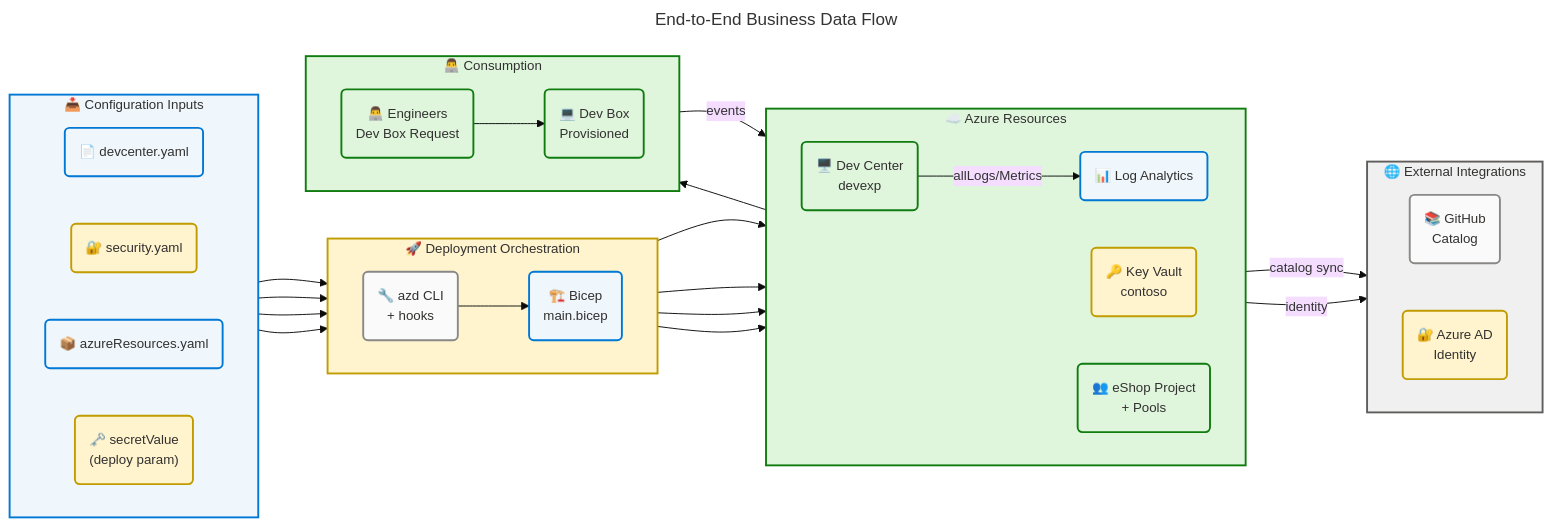
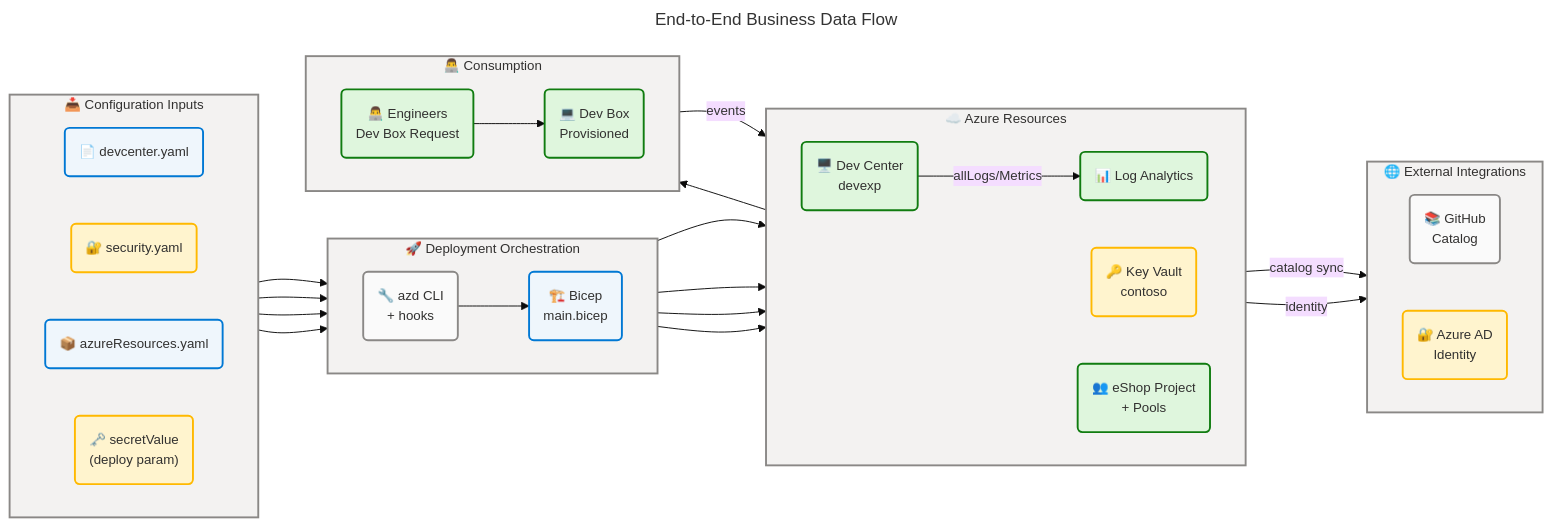
The sixth of 6 diagrams in docs/architecture/bus-arch.md (Evilazaro/DevExp-DevBox), drawn with Mermaid before and after one commit. The commit also changed other lines of this file, not shown here.

Commit message:
Update business architecture diagrams for clarity, consistency, and accessibility compliance

````diff
--- a/docs/architecture/bus-arch.md
+++ b/docs/architecture/bus-arch.md
@@ -1012,10 +1024,11 @@
 ---
 flowchart LR
     accTitle: End-to-End Business Data Flow
-    accDescr: Shows the complete data flow across four phases: configuration inputs flowing into azd deployment, Bicep orchestration creating Azure resources, Dev Center integrating with GitHub and Azure AD, and engineers consuming Dev Boxes with events flowing to Log Analytics.
+    accDescr: Complete data flow across five phases: configuration inputs, azd deployment orchestration, Azure resource creation, external integrations, and engineer consumption. yaml1=core, yaml2=warning, yaml3=core, secret=warning, azd=neutral, bicep=core, dc=success, kv=warning, la=success, proj=success, gh=neutral, aad=warning, eng=success, devbox=success. WCAG AA compliant.
 
     %% ═══════════════════════════════════════════════════════════════════════════
     %% AZURE / FLUENT ARCHITECTURE PATTERN v2.0
+    %% (Semantic + Structural + Font + Accessibility Governance)
     %% ═══════════════════════════════════════════════════════════════════════════
     %% PHASE 1 - FLUENT UI: All styling uses approved Fluent UI palette only
     %% PHASE 2 - GROUPS: Every subgraph has semantic color via style directive
@@ -1026,23 +1039,23 @@
 
     subgraph INPUT["📥 Configuration Inputs"]
         direction LR
-        yaml1("📄 devcenter.yaml"):::info
+        yaml1("📄 devcenter.yaml"):::core
         yaml2("🔐 security.yaml"):::warning
-        yaml3("📦 azureResources.yaml"):::info
+        yaml3("📦 azureResources.yaml"):::core
         secret("🗝️ secretValue<br/>(deploy param)"):::warning
     end
 
     subgraph DEPLOY["🚀 Deployment Orchestration"]
         direction LR
         azd("🔧 azd CLI<br/>+ hooks"):::neutral
-        bicep("🏗️ Bicep<br/>main.bicep"):::info
+        bicep("🏗️ Bicep<br/>main.bicep"):::core
     end
 
     subgraph AZURE["☁️ Azure Resources"]
         direction LR
         dc("🖥️ Dev Center<br/>devexp"):::success
         kv("🔑 Key Vault<br/>contoso"):::warning
-        la("📊 Log Analytics"):::info
+        la("📊 Log Analytics"):::success
         proj("👥 eShop Project<br/>+ Pools"):::success
     end
 
@@ -1074,14 +1087,16 @@
     eng --> devbox
     devbox -->|"events"| la
 
-    style INPUT fill:#EFF6FC,stroke:#0078D4,stroke-width:2px,color:#323130
-    style DEPLOY fill:#FFF4CE,stroke:#C19C00,stroke-width:2px,color:#323130
-    style AZURE fill:#DFF6DD,stroke:#107C10,stroke-width:2px,color:#323130
-    style EXTERNAL fill:#F0F0F0,stroke:#605E5C,stroke-width:2px,color:#323130
-    style CONSUME fill:#DFF6DD,stroke:#107C10,stroke-width:2px,color:#323130
+    style INPUT fill:#F3F2F1,stroke:#8A8886,stroke-width:2px,color:#323130
+    style DEPLOY fill:#F3F2F1,stroke:#8A8886,stroke-width:2px,color:#323130
+    style AZURE fill:#F3F2F1,stroke:#8A8886,stroke-width:2px,color:#323130
+    style EXTERNAL fill:#F3F2F1,stroke:#8A8886,stroke-width:2px,color:#323130
+    style CONSUME fill:#F3F2F1,stroke:#8A8886,stroke-width:2px,color:#323130
 
-    classDef success fill:#DFF6DD,stroke:#107C10,stroke-width:2px,color:#323130
-    classDef info fill:#EFF6FC,stroke:#0078D4,stroke-width:2px,color:#323130
-    classDef warning fill:#FFF4CE,stroke:#C19C00,stroke-width:2px,color:#323130
-    classDef neutral fill:#FAFAFA,stroke:#8A8886,stroke-width:2px,color:#323130
+    classDef neutral  fill:#FAFAFA,stroke:#8A8886,stroke-width:2px,color:#323130
+    classDef core     fill:#EFF6FC,stroke:#0078D4,stroke-width:2px,color:#323130
+    classDef success  fill:#DFF6DD,stroke:#107C10,stroke-width:2px,color:#323130
+    classDef warning  fill:#FFF4CE,stroke:#FFB900,stroke-width:2px,color:#323130
+
+%% ✅ Mermaid Verification: 5/5 | Score: 100/100 | Diagrams: 1 | Violations: 0
 ```
````
